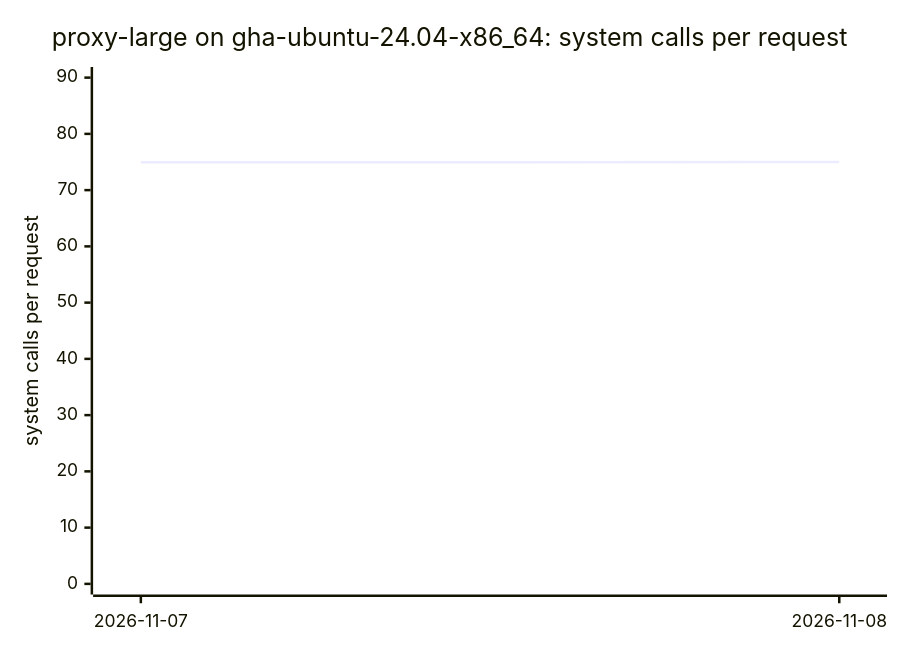
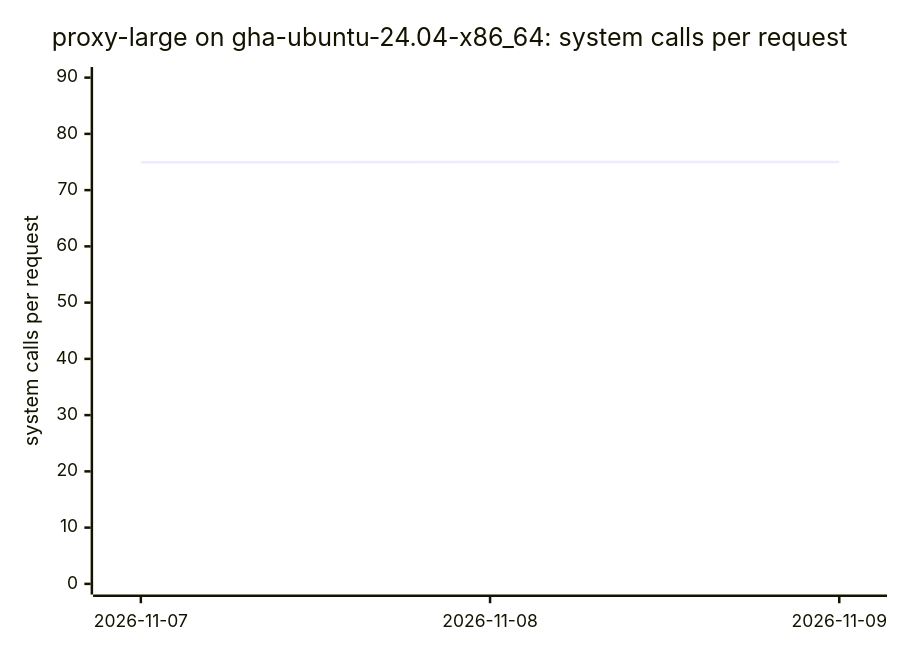
Diagram 15 of 18 in BENCHMARKS.md (ThePixelPilgrim/durchlauferhitzer), drawn with Mermaid before and after one commit. The commit also changed other lines of this file and 1 other file, not shown here.

````diff
--- a/BENCHMARKS.md
+++ b/BENCHMARKS.md
@@ -157,7 +168,7 @@
 ```mermaid
 xychart-beta
   title "proxy-large on gha-ubuntu-24.04-x86_64: system calls per request"
-  x-axis ["2026-11-07", "2026-11-08"]
+  x-axis ["2026-11-07", "2026-11-08", "2026-11-09"]
   y-axis "system calls per request" 0 --> 90
-  line [74.97, 74.98]
+  line [74.97, 74.98, 74.98]
 ```
````
